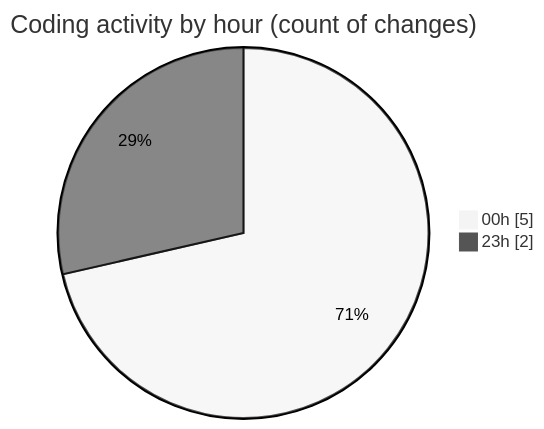
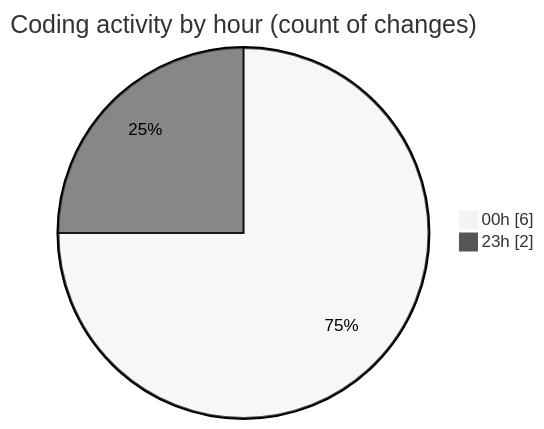
Before and after one commit to julien-gomy/code-tracking: the second of 2 diagrams in 2025-10-10/eventscop-frontend-guide__workspace_/README.md, drawn with Mermaid (neutral theme). The commit also changed other lines of this file and 1 other file, not shown here.

````diff
--- a/2025-10-10/eventscop-frontend-guide__workspace_/README.md
+++ b/2025-10-10/eventscop-frontend-guide__workspace_/README.md
@@ -29,6 +29,6 @@
 ```mermaid
 pie showData
 title Coding activity by hour (count of changes)
-"00h" : 5
+"00h" : 6
 "23h" : 2
 ```
````
